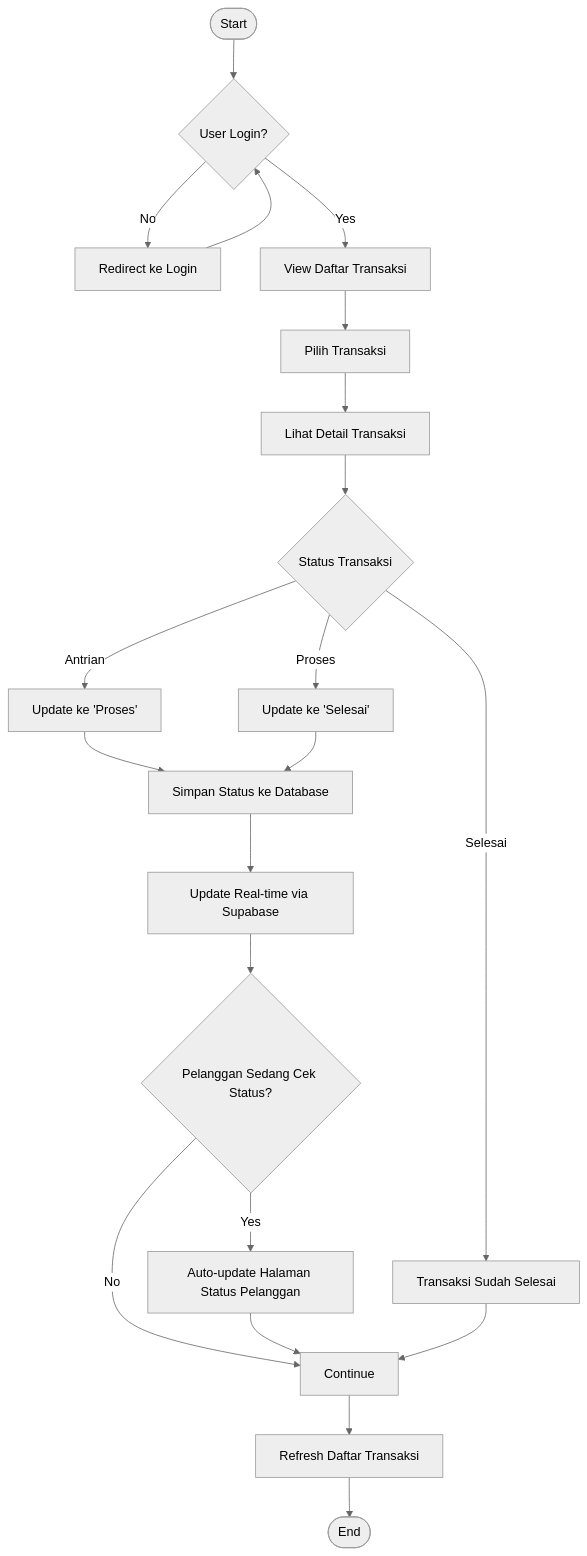
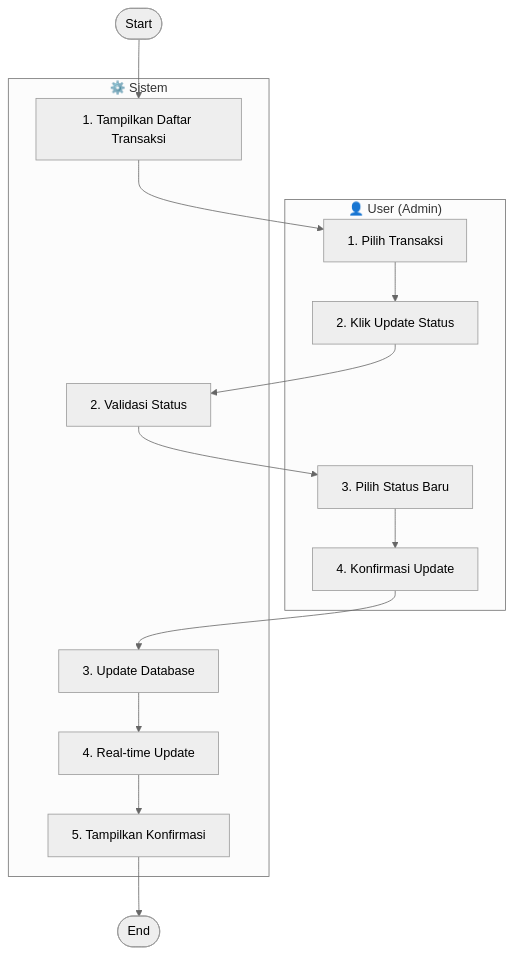
One commit to rizkygm23/laundry-app changed the third of 12 diagrams in diagram_activity.md. Above: the diagram before and after it, drawn with Mermaid (neutral theme). The commit also changed other lines of this file and 5 other files, not shown here.

Commit message:
add diagram

````diff
--- a/diagram_activity.md
+++ b/diagram_activity.md
@@ -140,23 +106,28 @@
 ```mermaid
 flowchart TD
-    Start([Start]) --> Login{User Login?}
-    Login -->|No| Redirect[Redirect ke Login]
-    Redirect --> Login
-    Login -->|Yes| ViewTransaksi[View Daftar Transaksi]
-    ViewTransaksi --> SelectTransaksi[Pilih Transaksi]
-    SelectTransaksi --> ViewDetail[Lihat Detail Transaksi]
-    ViewDetail --> CheckStatus{Status Transaksi}
-    CheckStatus -->|Antrian| UpdateToProses[Update ke 'Proses']
-    CheckStatus -->|Proses| UpdateToSelesai[Update ke 'Selesai']
-    CheckStatus -->|Selesai| ShowMessage[Transaksi Sudah Selesai]
-    UpdateToProses --> SaveStatus[Simpan Status ke Database]
-    UpdateToSelesai --> SaveStatus
-    SaveStatus --> RealTimeUpdate[Update Real-time via Supabase]
-    RealTimeUpdate --> NotifyPelanggan{Pelanggan Sedang Cek Status?}
-    NotifyPelanggan -->|Yes| AutoUpdateView[Auto-update Halaman Status Pelanggan]
-    NotifyPelanggan -->|No| Continue
-    AutoUpdateView --> Continue
-    ShowMessage --> Continue[Continue]
-    Continue --> RefreshList[Refresh Daftar Transaksi]
-    RefreshList --> End([End])
+    subgraph User["👤 User (Admin)"]
+        U1[1. Pilih Transaksi]
+        U2[2. Klik Update Status]
+        U3[3. Pilih Status Baru]
+        U4[4. Konfirmasi Update]
+    end
+    
+    subgraph System["⚙️ Sistem"]
+        S1[1. Tampilkan Daftar Transaksi]
+        S2[2. Validasi Status]
+        S3[3. Update Database]
+        S4[4. Real-time Update]
+        S5[5. Tampilkan Konfirmasi]
+    end
+    
+    Start([Start]) --> S1
+    S1 --> U1
+    U1 --> U2
+    U2 --> S2
+    S2 --> U3
+    U3 --> U4
+    U4 --> S3
+    S3 --> S4
+    S4 --> S5
+    S5 --> End([End])
 ```
````
